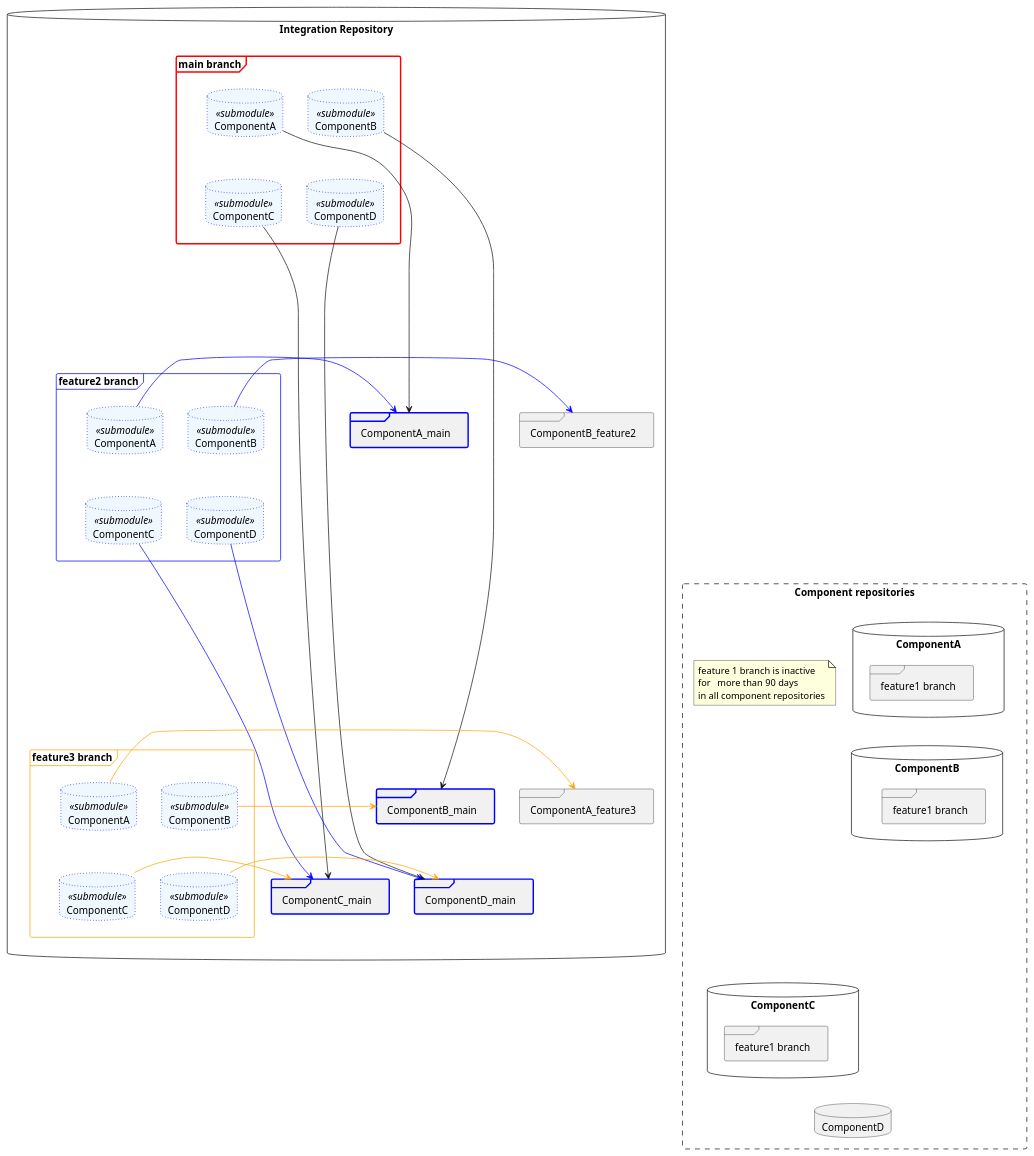
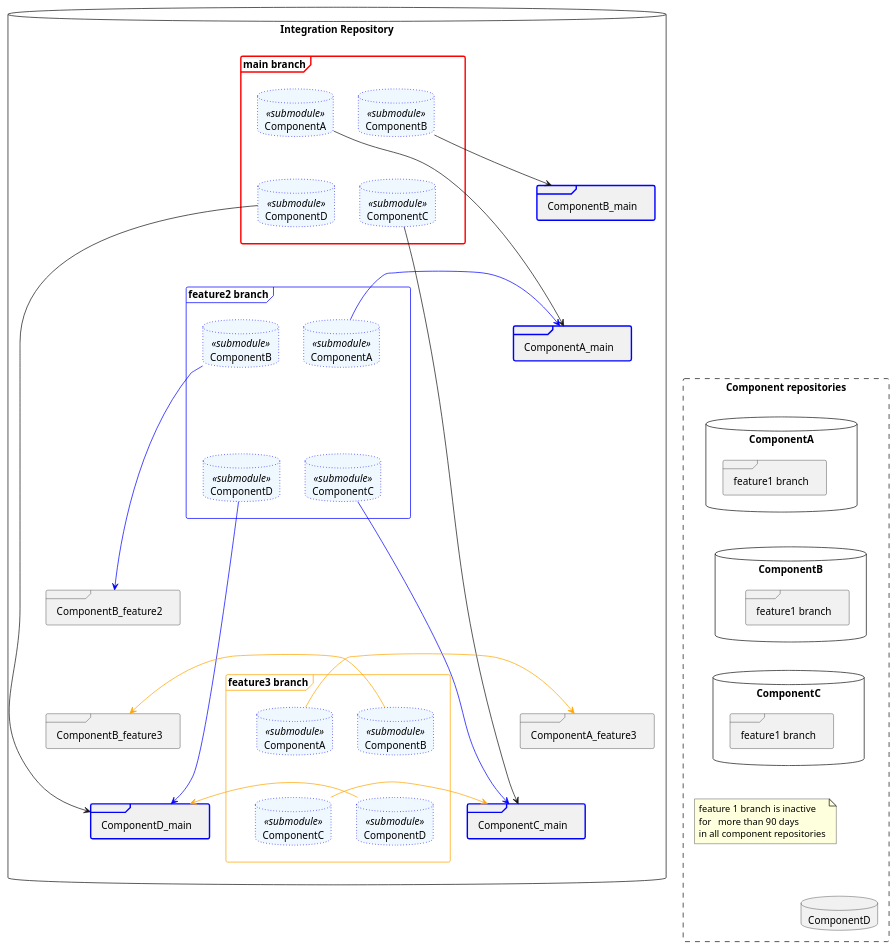
One commit to gemoc/git-sync-tools changed the diagram in doc/plantuml/scenario_step3.plantuml. Above: the diagram before and after it, drawn with PlantUML.

Commit message:
improved diagr

```diff
--- a/doc/plantuml/scenario_step3.plantuml
+++ b/doc/plantuml/scenario_step3.plantuml
@@ -1,116 +1,120 @@
 @startuml
 skinparam database<<submodule>> {
   backgroundColor aliceblue
   borderColor blue
 }
 skinparam frame<<main>> {
   backgroundColor aliceblue
   borderColor blue
   borderThickness 2
 }
 'skinparam linetype polyline
 
 database "Integration Repository" as Integration {
     frame "main branch" as integration_main   #line.bold;line:red {
         database  "ComponentA" as Integration_main_ComponentA<<submodule>>  #line.dotted
         database  "ComponentB" as Integration_main_ComponentB<<submodule>>  #line.dotted
         database  "ComponentC" as Integration_main_ComponentC<<submodule>>  #line.dotted
         database  "ComponentD" as Integration_main_ComponentD<<submodule>>  #line.dotted
         
         'Integration_main_ComponentA -[hidden]-> Integration_main_ComponentB
         Integration_main_ComponentA -[hidden]- Integration_main_ComponentC
         Integration_main_ComponentA -[hidden]- Integration_main_ComponentD
     }
     
     Integration_main_ComponentA --> ComponentA_main
     Integration_main_ComponentB --> ComponentB_main
     Integration_main_ComponentC --> ComponentC_main
     Integration_main_ComponentD --> ComponentD_main
      
 
     
     frame "feature2 branch" as integration_feature2  #line:blue  {
         database  "ComponentA" as Integration_feature2_ComponentA<<submodule>>  #line.dotted
         database  "ComponentB" as Integration_feature2_ComponentB<<submodule>>  #line.dotted
         database  "ComponentC" as Integration_feature2_ComponentC<<submodule>>  #line.dotted
         database  "ComponentD" as Integration_feature2_ComponentD<<submodule>>  #line.dotted
         
         
         'Integration_feature2_ComponentA -[hidden]- Integration_feature2_ComponentB
         Integration_feature2_ComponentA -[hidden]- Integration_feature2_ComponentC
         Integration_feature2_ComponentA -[hidden]- Integration_feature2_ComponentD
     }
     
     Integration_feature2_ComponentA -[#blue]> ComponentA_main
     Integration_feature2_ComponentB -[#blue]> ComponentB_feature2
     Integration_feature2_ComponentC -[#blue]> ComponentC_main
     Integration_feature2_ComponentD -[#blue]> ComponentD_main
     
     frame "feature3 branch" as integration_feature3  #line:orange  {
         database  "ComponentA" as Integration_feature3_ComponentA<<submodule>>  #line.dotted
         database  "ComponentB" as Integration_feature3_ComponentB<<submodule>>  #line.dotted
         database  "ComponentC" as Integration_feature3_ComponentC<<submodule>>  #line.dotted
         database  "ComponentD" as Integration_feature3_ComponentD<<submodule>>  #line.dotted
         
         
         'Integration_feature3_ComponentA -[hidden]-> Integration_feature3_ComponentB
         Integration_feature3_ComponentA -[hidden]-> Integration_feature3_ComponentC
         Integration_feature3_ComponentA -[hidden]-> Integration_feature3_ComponentD
     }
     
     Integration_feature3_ComponentA -[#orange]> ComponentA_feature3
-    Integration_feature3_ComponentB -[#orange]> ComponentB_main
+    Integration_feature3_ComponentB -[#orange]> ComponentB_feature3
     Integration_feature3_ComponentC -[#orange]> ComponentC_main
     Integration_feature3_ComponentD -[#orange]> ComponentD_main
     
-    integration_main -[hidden]----- integration_feature2
+    integration_main -[hidden]--- integration_feature2
     integration_feature2 -[hidden]--- integration_feature3
 }
 
     
 rectangle "Component repositories" as components #line.dashed {
 	database ComponentA {
 	    frame "main branch" as ComponentA_main  #line.bold;line:blue {
 	    }
-	    frame "feature1 branch" as ComponentA_feature1 {
+	    frame "feature1 branch" as ComponentA_feature1  {
 	    }
 	    frame "feature3 branch" as ComponentA_feature3 {
 	    }
 	    ComponentA_main -[hidden]-> ComponentA_feature1
 	    ComponentA_feature1 -[hidden]-> ComponentA_feature3
 	}
 	database ComponentB {
 	    frame "main branch" as ComponentB_main   #line.bold;line:blue {
 	    }
 	    frame "feature1 branch" as ComponentB_feature1 {
 	    }
 	    frame "feature2 branch" as ComponentB_feature2 {
 	    }
+	    frame "feature3 branch" as ComponentB_feature3 {
+	    }
 	    ComponentB_main -[hidden]- ComponentB_feature1
 	    ComponentB_feature1 -[hidden]- ComponentB_feature2
+	    ComponentB_feature2 -[hidden]- ComponentB_feature3
 	}
 	
 	database ComponentC {
 	    frame "main branch" as ComponentC_main   #line.bold;line:blue {
 	    }
 	    frame "feature1 branch" as ComponentC_feature1 {
 	    }
 	    ComponentC_main -[hidden]-> ComponentC_feature1
 	}
 	database ComponentD {
 	    frame "main branch" as ComponentD_main   #line.bold;line:blue {
 	    }
 	}
     note as note_feature1
     	feature 1 branch is inactive 
     	for	more than 90 days 
     	in all component repositories
     end note	
 	
 	
 	ComponentA -[hidden]- ComponentB
-	ComponentB -[hidden]-- ComponentC
-	ComponentC -[hidden]- ComponentD
+	ComponentB -[hidden]- ComponentC
+	ComponentC -[hidden]-- ComponentD
+	ComponentA -[hidden]--- note_feature1
 }
 
 @enduml
```
